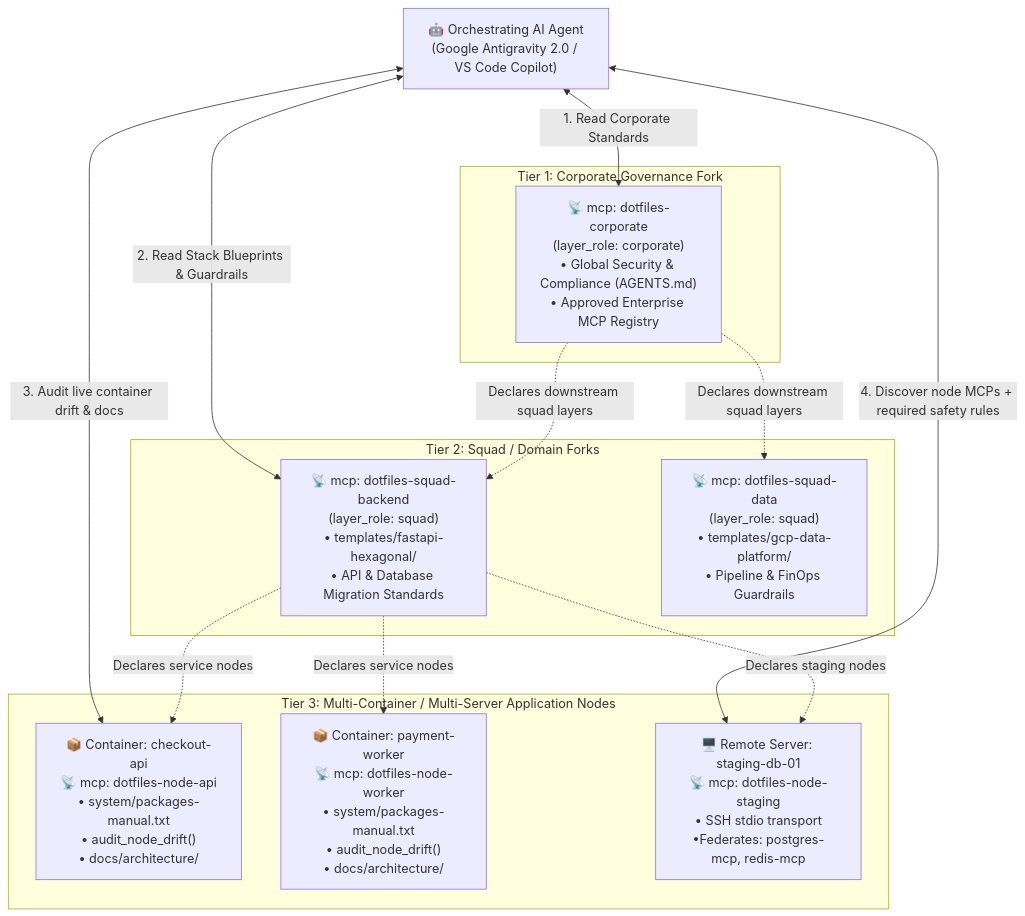
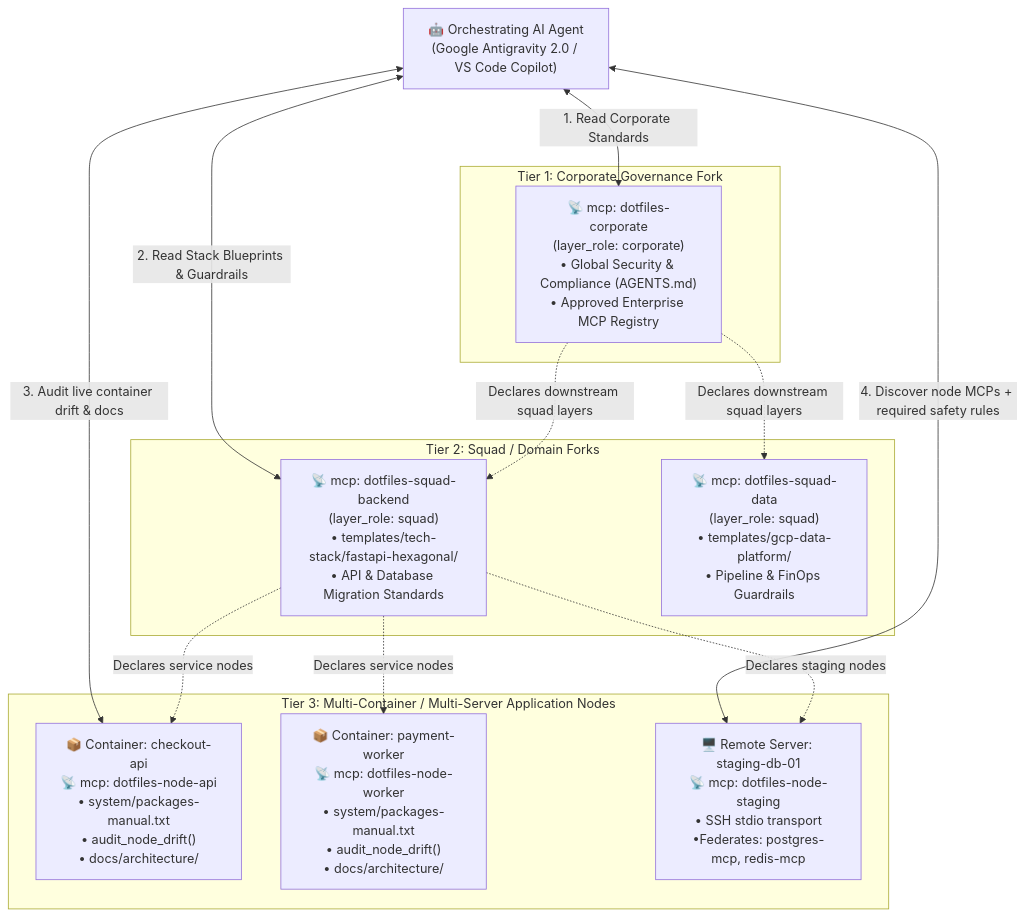
The first of 2 diagrams in docs/reference/contextual_mcp_and_multi_service_orchestration.md (mtwuser/dotfiles-ubuntu), drawn with Mermaid before and after one commit. The commit also changed 8 other files, not shown here.

````diff
--- a/docs/reference/contextual_mcp_and_multi_service_orchestration.md
+++ b/docs/reference/contextual_mcp_and_multi_service_orchestration.md
@@ -56,29 +56,29 @@
 ```mermaid
 flowchart TD
     Agent["🤖 Orchestrating AI Agent\n(Google Antigravity 2.0 / VS Code Copilot)"]
 
     subgraph Tier1["Tier 1: Corporate Governance Fork"]
         CorpMCP["📡 mcp: dotfiles-corporate\n(layer_role: corporate)\n• Global Security & Compliance (AGENTS.md)\n• Approved Enterprise MCP Registry"]
     end
 
     subgraph Tier2["Tier 2: Squad / Domain Forks"]
-        BackendMCP["📡 mcp: dotfiles-squad-backend\n(layer_role: squad)\n• templates/fastapi-hexagonal/\n• API & Database Migration Standards"]
+        BackendMCP["📡 mcp: dotfiles-squad-backend\n(layer_role: squad)\n• templates/tech-stack/fastapi-hexagonal/\n• API & Database Migration Standards"]
         DataMCP["📡 mcp: dotfiles-squad-data\n(layer_role: squad)\n• templates/gcp-data-platform/\n• Pipeline & FinOps Guardrails"]
     end
 
     subgraph Tier3["Tier 3: Multi-Container / Multi-Server Application Nodes"]
         NodeAPI["📦 Container: checkout-api\n📡 mcp: dotfiles-node-api\n• system/packages-manual.txt\n• audit_node_drift()\n• docs/architecture/"]
         NodeWorker["📦 Container: payment-worker\n📡 mcp: dotfiles-node-worker\n• system/packages-manual.txt\n• audit_node_drift()\n• docs/architecture/"]
         NodeStaging["🖥️ Remote Server: staging-db-01\n📡 mcp: dotfiles-node-staging\n• SSH stdio transport\n•Federates: postgres-mcp, redis-mcp"]
     end
 
     Agent <-->|"1. Read Corporate Standards"| CorpMCP
     CorpMCP -.->|"Declares downstream squad layers"| BackendMCP
     CorpMCP -.->|"Declares downstream squad layers"| DataMCP
     Agent <-->|"2. Read Stack Blueprints & Guardrails"| BackendMCP
     BackendMCP -.->|"Declares service nodes"| NodeAPI
     BackendMCP -.->|"Declares service nodes"| NodeWorker
     BackendMCP -.->|"Declares staging nodes"| NodeStaging
     Agent <-->|"3. Audit live container drift & docs"| NodeAPI
     Agent <-->|"4. Discover node MCPs + required safety rules"| NodeStaging
 ```
````
